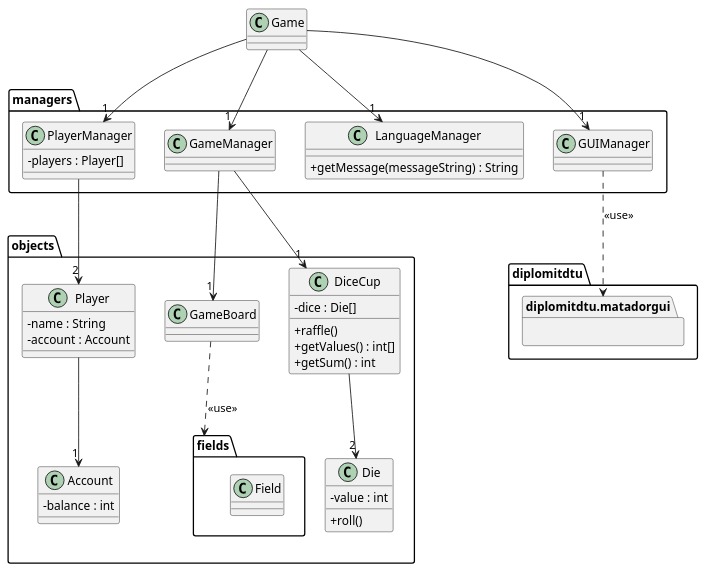
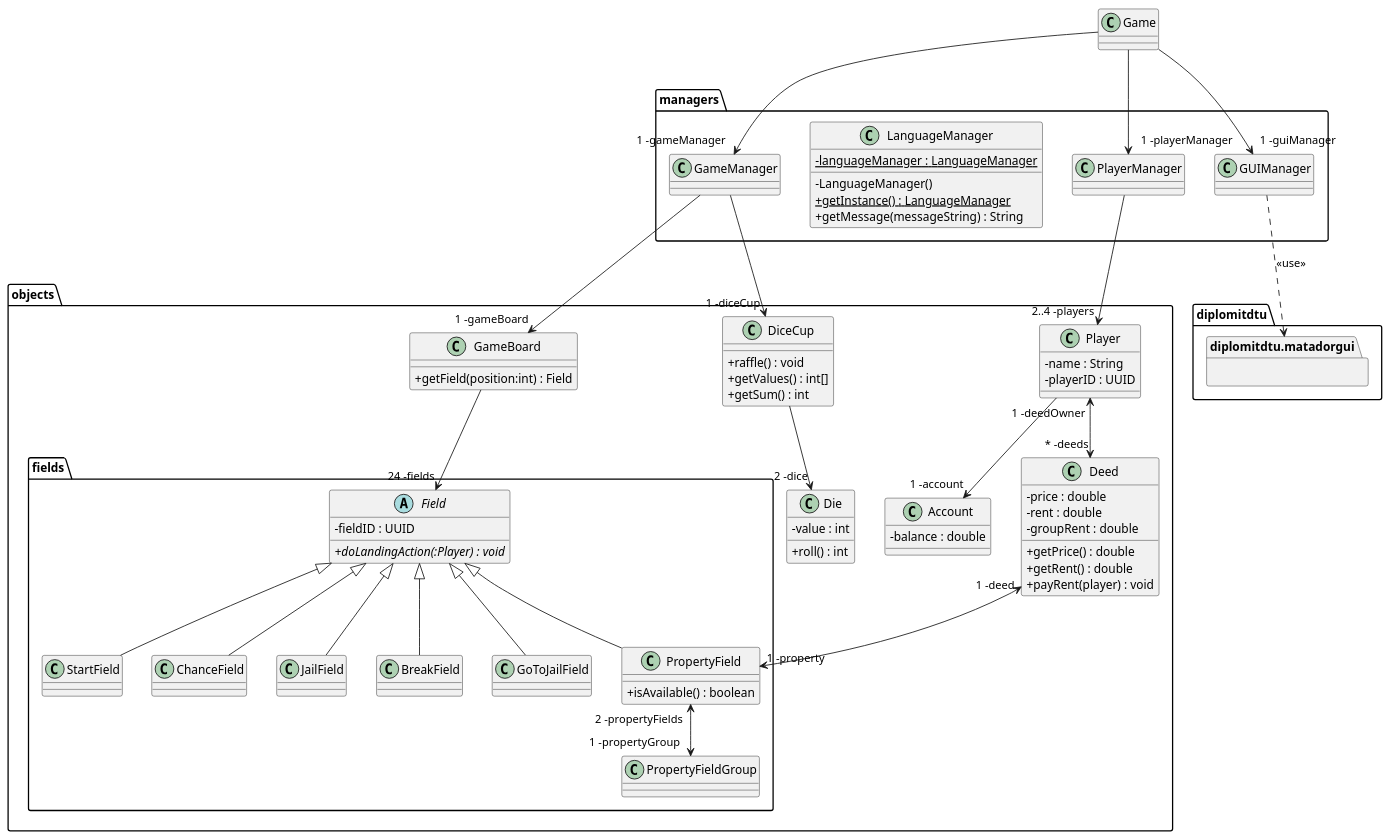
The diagram in src/main/resources/DesignClassDiagram.puml (DTUSoftware/25_del3), drawn with PlantUML before and after one commit. The commit also changed 2 other files, not shown here.

Commit message:
Update diagrams

```diff
--- a/src/main/resources/DesignClassDiagram.puml
+++ b/src/main/resources/DesignClassDiagram.puml
@@ -1,83 +1,128 @@
 @startuml
 'https://plantuml.com/class-diagram
 
 skinparam classAttributeIconSize 0
 
 class Game {
 
 }
 
 package diplomitdtu.matadorgui {}
 
 ' Managers
 package managers {
-    class PlayerManager {
-        -players : Player[]
-    }
-
     class GameManager {
 
     }
 
+    class PlayerManager {
+    }
+
     class LanguageManager {
+        {static} -languageManager : LanguageManager
+
+        -LanguageManager()
+        {static} +getInstance() : LanguageManager
         +getMessage(messageString) : String
     }
 
     class GUIManager {
 
     }
 
     GUIManager ..> diplomitdtu.matadorgui : <<use>>
 }
 
-Game --> "1" GameManager
-Game --> "1" PlayerManager
-Game --> "1" GUIManager
-Game --> "1" LanguageManager
+Game --> "1 -gameManager" GameManager
+Game --> "1 -playerManager" PlayerManager
+Game --> "1 -guiManager" GUIManager
 
 
 ' Objects
 package objects {
-    class Player {
-        -name : String
-        -account : Account
-    }
-
-    class Account {
-        -balance : int
-    }
-
     class GameBoard {
-
+        +getField(position:int) : Field
     }
 
     class DiceCup {
-        -dice : Die[]
-
-        +raffle()
+        +raffle() : void
         +getValues() : int[]
         +getSum() : int
     }
 
     class Die {
         -value : int
 
-        +roll()
+        +roll() : int
+    }
+
+    class Player {
+        -name : String
+        -playerID : UUID
+    }
+
+    class Account {
+        -balance : double
+    }
+
+    class Deed {
+        -price : double
+        -rent : double
+        -groupRent : double
+
+        +getPrice() : double
+        +getRent() : double
+        +payRent(player) : void
     }
 
     package fields {
-        class Field {
+        abstract Field {
+            -fieldID : UUID
 
+            {abstract} +doLandingAction(:Player) : void
         }
+
+        class PropertyFieldGroup {
+        }
+
+        class StartField {
+        }
+
+        class PropertyField {
+            +isAvailable() : boolean
+        }
+
+        class ChanceField {
+        }
+
+        class JailField {
+        }
+
+        class BreakField {
+        }
+
+        class GoToJailField {
+        }
+
+        Field <|-- StartField
+        Field <|-- PropertyField
+        Field <|-- ChanceField
+        Field <|-- JailField
+        Field <|-- BreakField
+        Field <|-- GoToJailField
+
+        PropertyField "2 -propertyFields" <--> "1 -propertyGroup" PropertyFieldGroup
     }
 
-    DiceCup --> "2" Die
-    Player --> "1" Account
-    GameBoard ..> fields : <<use>>
+    GameBoard --> "24 -fields" Field
+    DiceCup --> "2 -dice" Die
+    Player --> "1 -account" Account
+    Player "1 -deedOwner" <--> "~* -deeds" Deed
+    Deed "1 -deed" <--> "1 -property" PropertyField
 }
 
-PlayerManager --> "2" Player
-GameManager --> "1" GameBoard
-GameManager --> "1" DiceCup
+PlayerManager --> "2..4 -players" Player
+GameManager --> "1 -gameBoard" GameBoard
+GameManager --> "1 -diceCup" DiceCup
 
 @enduml
```
